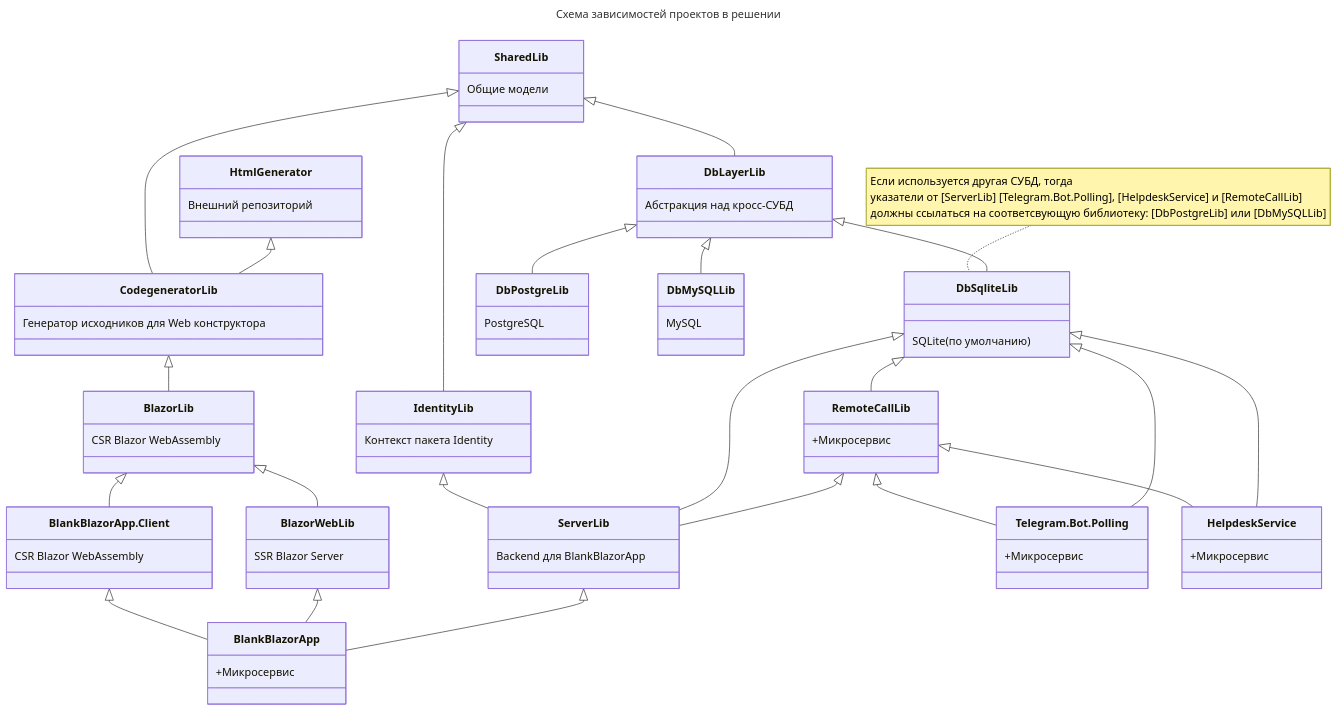
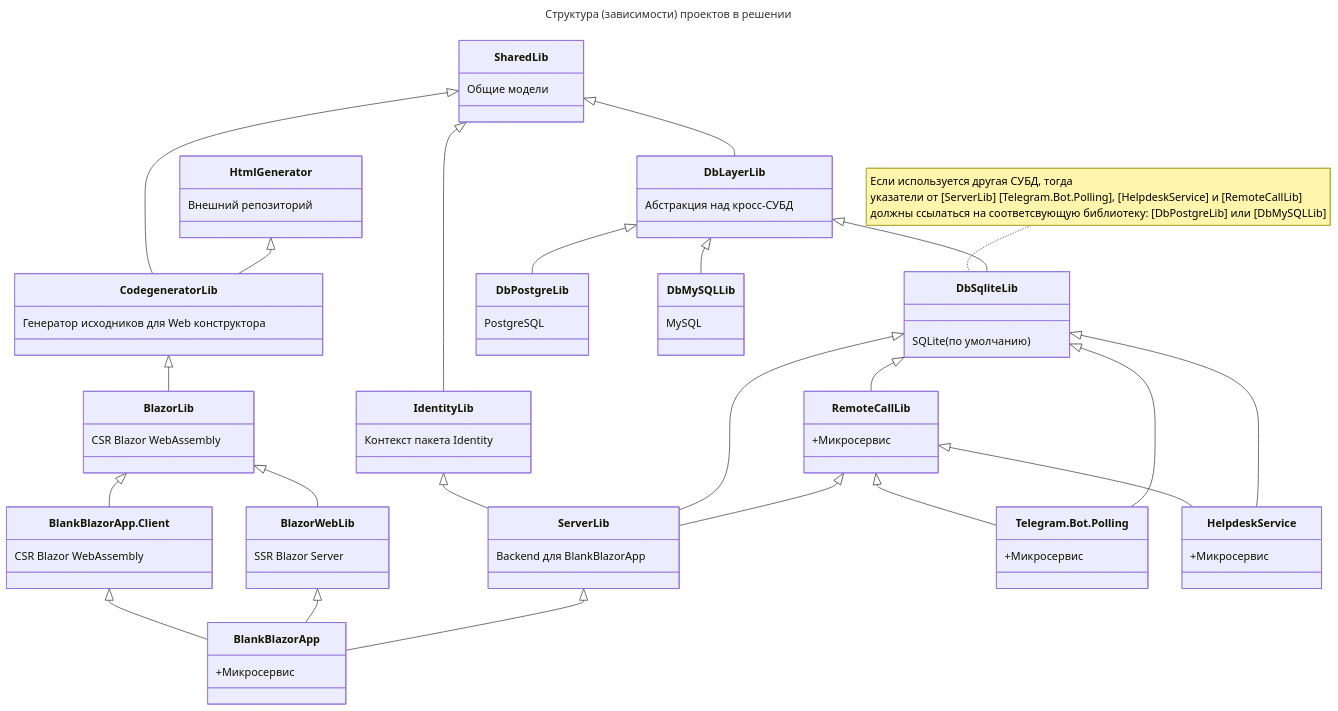
One commit to badhitman/DesignerApp changed the diagram in README.md. Above: the diagram before and after it, drawn with Mermaid.

````diff
--- a/README.md
+++ b/README.md
@@ -19,77 +19,77 @@
 ```mermaid
 ---
-title: Схема зависимостей проектов в решении
+title: Структура (зависимости) проектов в решении
 ---
 classDiagram
 note for DbSqliteLib "Если используется другая СУБД, тогда
 указатели  от [ServerLib] [Telegram.Bot.Polling], [HelpdeskService] и [RemoteCallLib]
 должны ссылаться на соответсвующую библиотеку: [DbPostgreLib] или [DbMySQLLib]"
     SharedLib <|-- CodegeneratorLib
     SharedLib <|-- IdentityLib
     SharedLib <|-- DbLayerLib
     SharedLib : Общие модели
     IdentityLib <|-- ServerLib
     DbSqliteLib <|-- ServerLib
     RemoteCallLib <|-- ServerLib
     CodegeneratorLib <|-- BlazorLib
     HtmlGenerator <|-- CodegeneratorLib
     DbLayerLib <|-- DbSqliteLib
     DbLayerLib <|-- DbPostgreLib
     DbLayerLib <|-- DbMySQLLib
 	DbSqliteLib <|-- RemoteCallLib
     BlankBlazorApp_Client  <|-- BlankBlazorApp
 	BlazorWebLib  <|-- BlankBlazorApp
 	ServerLib  <|-- BlankBlazorApp
     RemoteCallLib <|-- Telegram_Bot_Polling
 	DbSqliteLib <|-- Telegram_Bot_Polling
     RemoteCallLib <|-- HelpdeskService
 	DbSqliteLib <|-- HelpdeskService
     BlazorLib <|-- BlazorWebLib
     BlazorLib <|-- BlankBlazorApp_Client
     	
     class CodegeneratorLib{
         Генератор исходников для Web конструктора
     }
     class IdentityLib{
         Контекст пакета Identity
     }
     class DbLayerLib{
         Абстракция над кросс-СУБД
     }
     class ServerLib{
         Backend для BlankBlazorApp
     }
     class BlazorLib{
         CSR Blazor WebAssembly
     }
     class DbSqliteLib{
         SQLite (по умолчанию)
     }
     class DbPostgreLib{
         PostgreSQL
     }
     class DbMySQLLib{
         MySQL
     }
     class RemoteCallLib{
         +Микросервис
     }
     class HtmlGenerator{
         Внешний репозиторий
     }
     class BlankBlazorApp{
         +Микросервис
     }
     class BlankBlazorApp_Client["BlankBlazorApp.Client"]{
         CSR Blazor WebAssembly
     }
     class Telegram_Bot_Polling["Telegram.Bot.Polling"]{
         +Микросервис
     }
     class BlazorWebLib{
         SSR Blazor Server
     }
     class HelpdeskService{
         +Микросервис
     }
 ```
````
